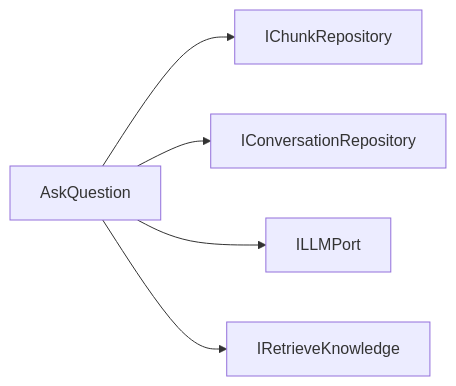
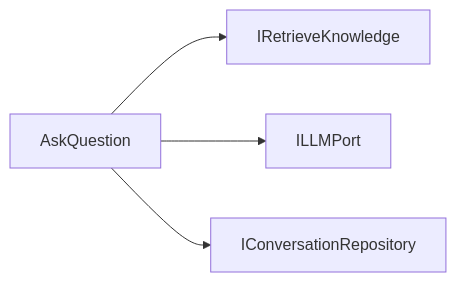
One commit to JulienRobberechts/argos changed the third of 12 diagrams in backend/docs/ports-dependencies.md. Above: the diagram before and after it, drawn with Mermaid. The commit also changed other lines of this file, not shown here.

````diff
--- a/backend/docs/ports-dependencies.md
+++ b/backend/docs/ports-dependencies.md
@@ -12,7 +37,6 @@
 ```mermaid
 graph LR
-  AskQuestion --> IChunkRepository
+  AskQuestion --> IRetrieveKnowledge
+  AskQuestion --> ILLMPort
   AskQuestion --> IConversationRepository
-  AskQuestion --> ILLMPort
-  AskQuestion --> IRetrieveKnowledge
 ```
````
